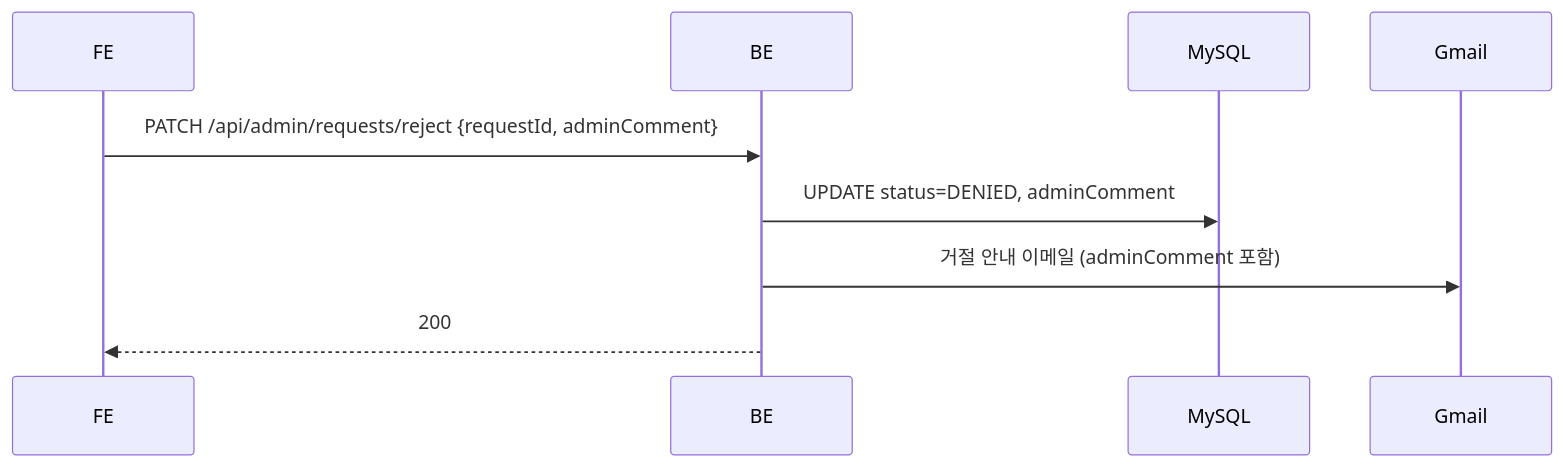
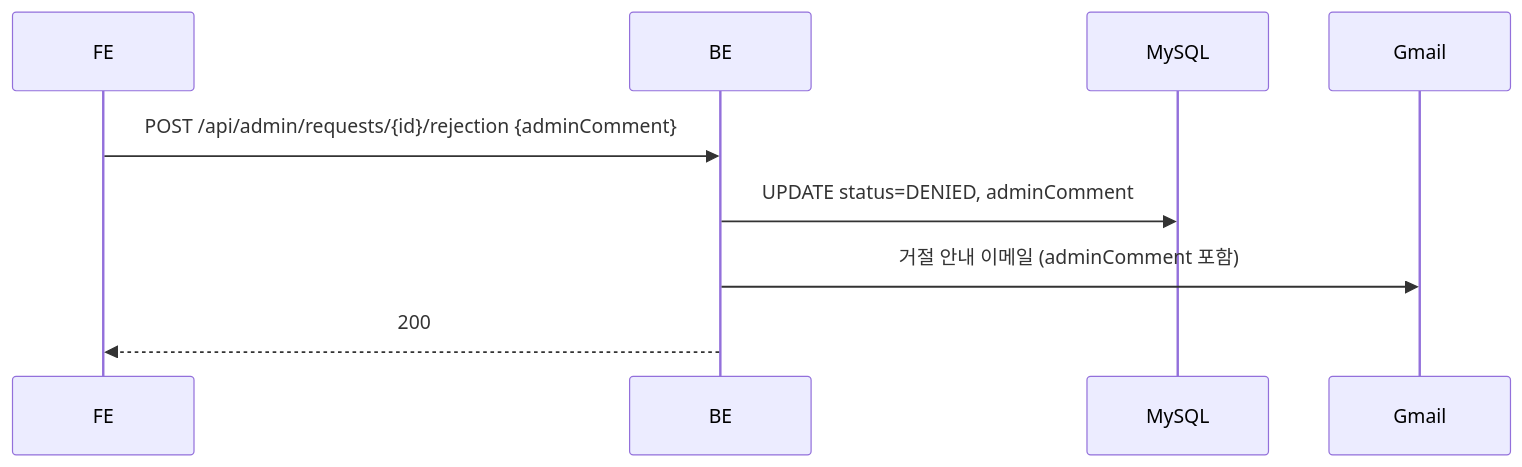
Before and after one commit to CSID-DGU/admin_wiki: the fifth of 16 diagrams in md/backend/시스템-아키텍처.md, drawn with Mermaid. The commit also changed other lines of this file and 4 other files, not shown here.

````diff
--- a/md/backend/시스템-아키텍처.md
+++ b/md/backend/시스템-아키텍처.md
@@ -104,12 +104,12 @@
 ```mermaid
 sequenceDiagram
     participant FE as FE
     participant BE as BE
     participant MySQL as MySQL
     participant Gmail as Gmail
 
-    FE->>BE: PATCH /api/admin/requests/reject {requestId, adminComment}
+    FE->>BE: POST /api/admin/requests/{id}/rejection {adminComment}
     BE->>MySQL: UPDATE status=DENIED, adminComment
     BE->>Gmail: 거절 안내 이메일 (adminComment 포함)
     BE-->>FE: 200
 ```
````
